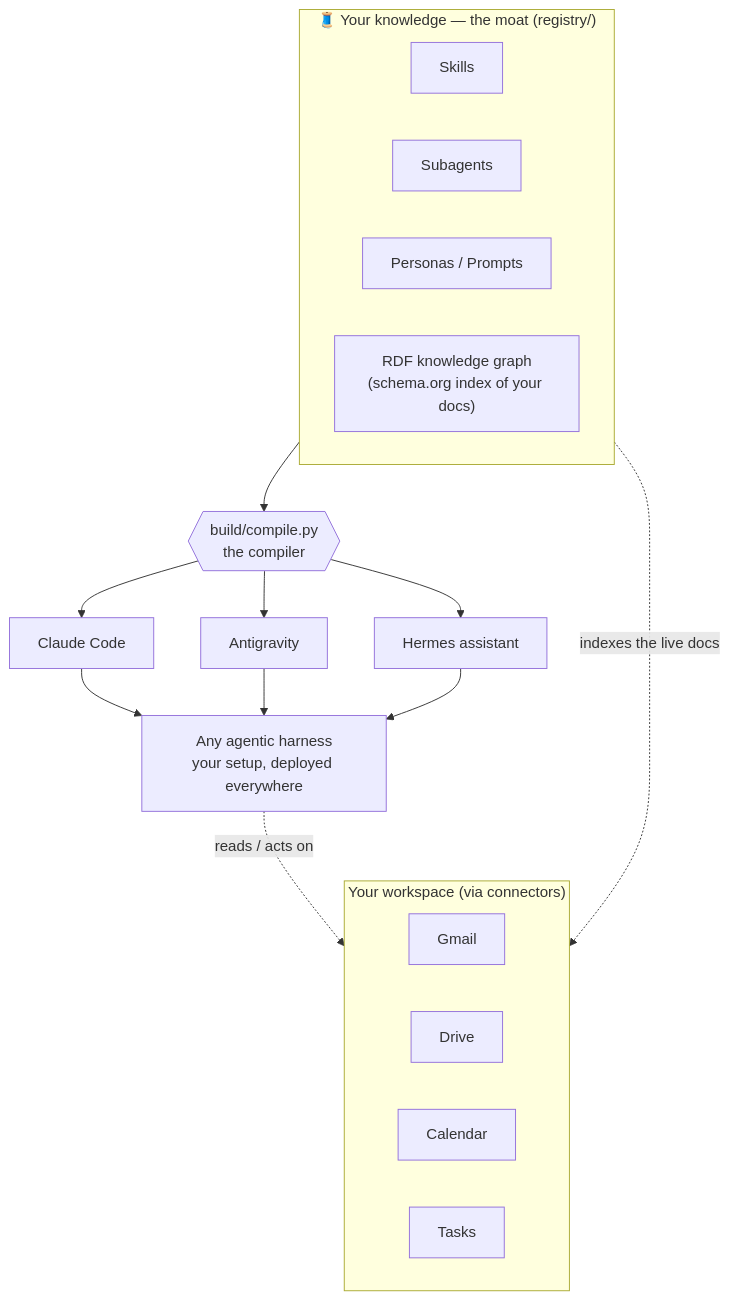
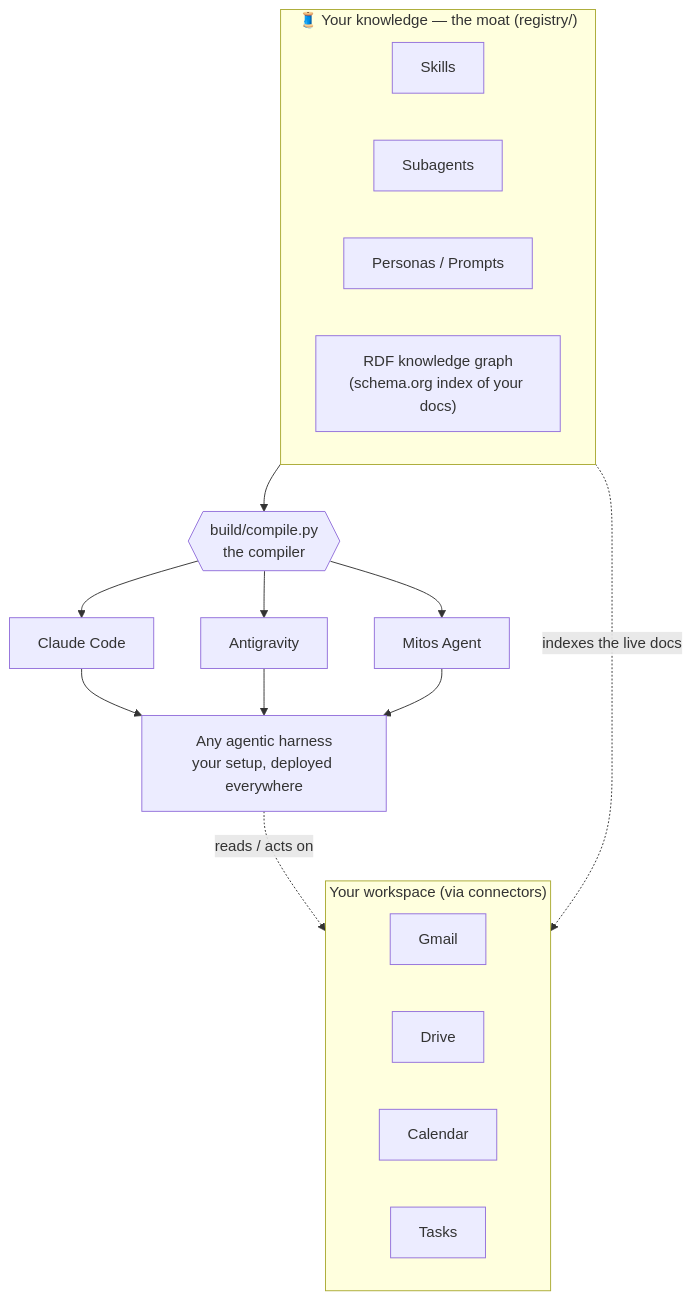
The first of 2 diagrams in README.md (Peccia/mitos), drawn with Mermaid before and after one commit. The commit also changed other lines of this file and 63 other files, not shown here.

````diff
--- a/README.md
+++ b/README.md
@@ -9,30 +9,30 @@
 ```mermaid
 flowchart TB
     subgraph MOAT["🧵 Your knowledge — the moat (registry/)"]
         direction LR
         SKILLS["Skills"]
         AGENTS["Subagents"]
         PROMPTS["Personas / Prompts"]
         GRAPH["RDF knowledge graph<br/>(schema.org index of your docs)"]
     end
 
     MOAT --> COMPILE{{"build/compile.py<br/>the compiler"}}
 
     COMPILE --> CC["Claude Code"]
     COMPILE --> AG["Antigravity"]
-    COMPILE --> HE["Hermes assistant"]
+    COMPILE --> HE["Mitos Agent"]
 
     CC --> HARNESS["Any agentic harness<br/>your setup, deployed everywhere"]
     AG --> HARNESS
     HE --> HARNESS
 
     subgraph WS["Your workspace (via connectors)"]
         direction LR
         GM["Gmail"]
         DR["Drive"]
         CA["Calendar"]
         TK["Tasks"]
     end
     GRAPH -. "indexes the live docs" .-> WS
     HARNESS -. "reads / acts on" .-> WS
 ```
````
